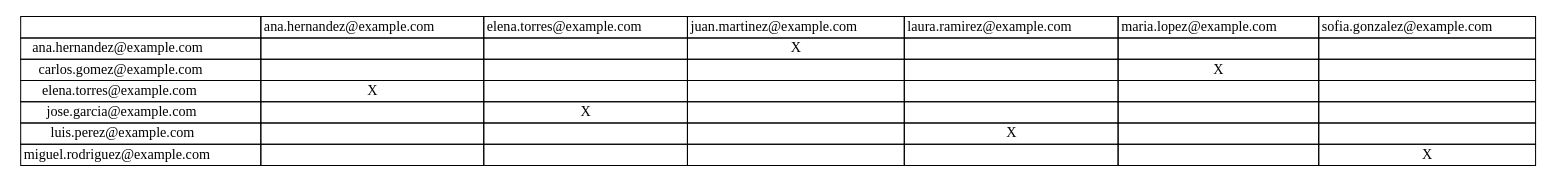
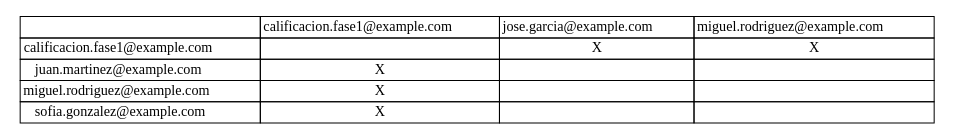
Before and after one commit to elsaminee/-EDD-Proyecto_202200198: the diagram in output/amistad.dot, drawn with Graphviz. The commit also changed 29 other files, not shown here.

```diff
--- a/output/amistad.dot
+++ b/output/amistad.dot
@@ -1,14 +1,12 @@
 digraph G {
     node [shape=none];
     graph [rankdir=LR];
     matriz [label=<
     <TABLE BORDER="0" CELLBORDER="1" CELLSPACING="0">
-    <TR><TD></TD><TD>ana.hernandez@example.com</TD><TD>elena.torres@example.com</TD><TD>juan.martinez@example.com</TD><TD>laura.ramirez@example.com</TD><TD>maria.lopez@example.com</TD><TD>sofia.gonzalez@example.com</TD></TR>
-    <TR><TD>ana.hernandez@example.com</TD><TD></TD><TD></TD><TD>X</TD><TD></TD><TD></TD><TD></TD></TR>
-    <TR><TD>carlos.gomez@example.com</TD><TD></TD><TD></TD><TD></TD><TD></TD><TD>X</TD><TD></TD></TR>
-    <TR><TD>elena.torres@example.com</TD><TD>X</TD><TD></TD><TD></TD><TD></TD><TD></TD><TD></TD></TR>
-    <TR><TD>jose.garcia@example.com</TD><TD></TD><TD>X</TD><TD></TD><TD></TD><TD></TD><TD></TD></TR>
-    <TR><TD>luis.perez@example.com</TD><TD></TD><TD></TD><TD></TD><TD>X</TD><TD></TD><TD></TD></TR>
-    <TR><TD>miguel.rodriguez@example.com</TD><TD></TD><TD></TD><TD></TD><TD></TD><TD></TD><TD>X</TD></TR>
+    <TR><TD></TD><TD>calificacion.fase1@example.com</TD><TD>jose.garcia@example.com</TD><TD>miguel.rodriguez@example.com</TD></TR>
+    <TR><TD>calificacion.fase1@example.com</TD><TD></TD><TD>X</TD><TD>X</TD></TR>
+    <TR><TD>juan.martinez@example.com</TD><TD>X</TD><TD></TD><TD></TD></TR>
+    <TR><TD>miguel.rodriguez@example.com</TD><TD>X</TD><TD></TD><TD></TD></TR>
+    <TR><TD>sofia.gonzalez@example.com</TD><TD>X</TD><TD></TD><TD></TD></TR>
     </TABLE>>];
 }
```
